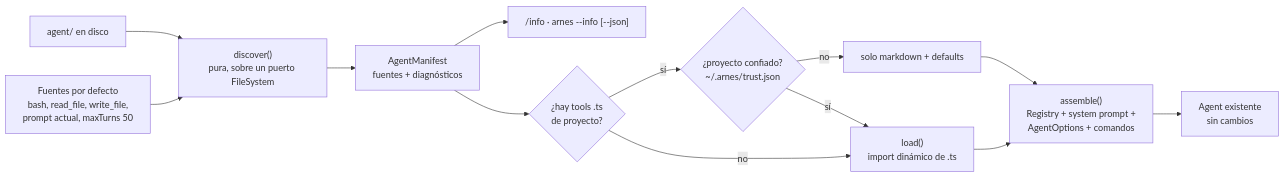
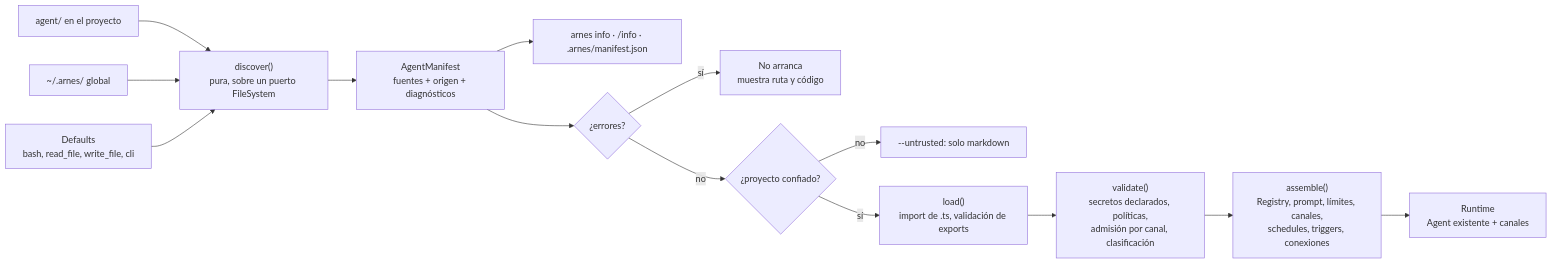
Before and after one commit to aaramirez/arnes-ai: the diagram in docs/propuestas/arnes0.1/Arnes-Filesystem-First.md, drawn with Mermaid. The commit also changed other lines of this file and 2 other files, not shown here.

First line of the commit message:
docs(vault): arnes0.1 agent/ structure v2 (mandatory, full slot map)

````diff
--- a/docs/propuestas/arnes0.1/Arnes-Filesystem-First.md
+++ b/docs/propuestas/arnes0.1/Arnes-Filesystem-First.md
@@ -158,15 +350,16 @@
 ```mermaid
 flowchart LR
-  FS["agent/ en disco"] --> D["discover()<br/>pura, sobre un puerto FileSystem"]
-  DEF["Fuentes por defecto<br/>bash, read_file, write_file,<br/>prompt actual, maxTurns 50"] --> D
-  D --> M["AgentManifest<br/>fuentes + diagnósticos"]
-  M --> INFO["/info · arnes --info [--json]"]
-  M --> T{"¿hay tools .ts<br/>de proyecto?"}
-  T -- "sí" --> TR{"¿proyecto confiado?<br/>~/.arnes/trust.json"}
-  TR -- "no" --> MD["solo markdown + defaults"]
-  TR -- "sí" --> L
-  T -- "no" --> L["load()<br/>import dinámico de .ts"]
-  MD --> A
-  L --> A["assemble()<br/>Registry + system prompt +<br/>AgentOptions + comandos"]
-  A --> AG["Agent existente<br/>sin cambios"]
+  P["agent/ en el proyecto"] --> D
+  G["~/.arnes/ global"] --> D
+  DEF["Defaults<br/>bash, read_file, write_file, cli"] --> D
+  D["discover()<br/>pura, sobre un puerto FileSystem"] --> M["AgentManifest<br/>fuentes + origen + diagnósticos"]
+  M --> INFO["arnes info · /info · .arnes/manifest.json"]
+  M --> E{"¿errores?"}
+  E -- "sí" --> STOP["No arranca<br/>muestra ruta y código"]
+  E -- "no" --> T{"¿proyecto confiado?"}
+  T -- "no" --> U["--untrusted: solo markdown"]
+  T -- "sí" --> L["load()<br/>import de .ts, validación de exports"]
+  L --> V["validate()<br/>secretos declarados, políticas,<br/>admisión por canal, clasificación"]
+  V --> A["assemble()<br/>Registry, prompt, límites, canales,<br/>schedules, triggers, conexiones"]
+  A --> RUN["Runtime<br/>Agent existente + canales"]
 ```
````
